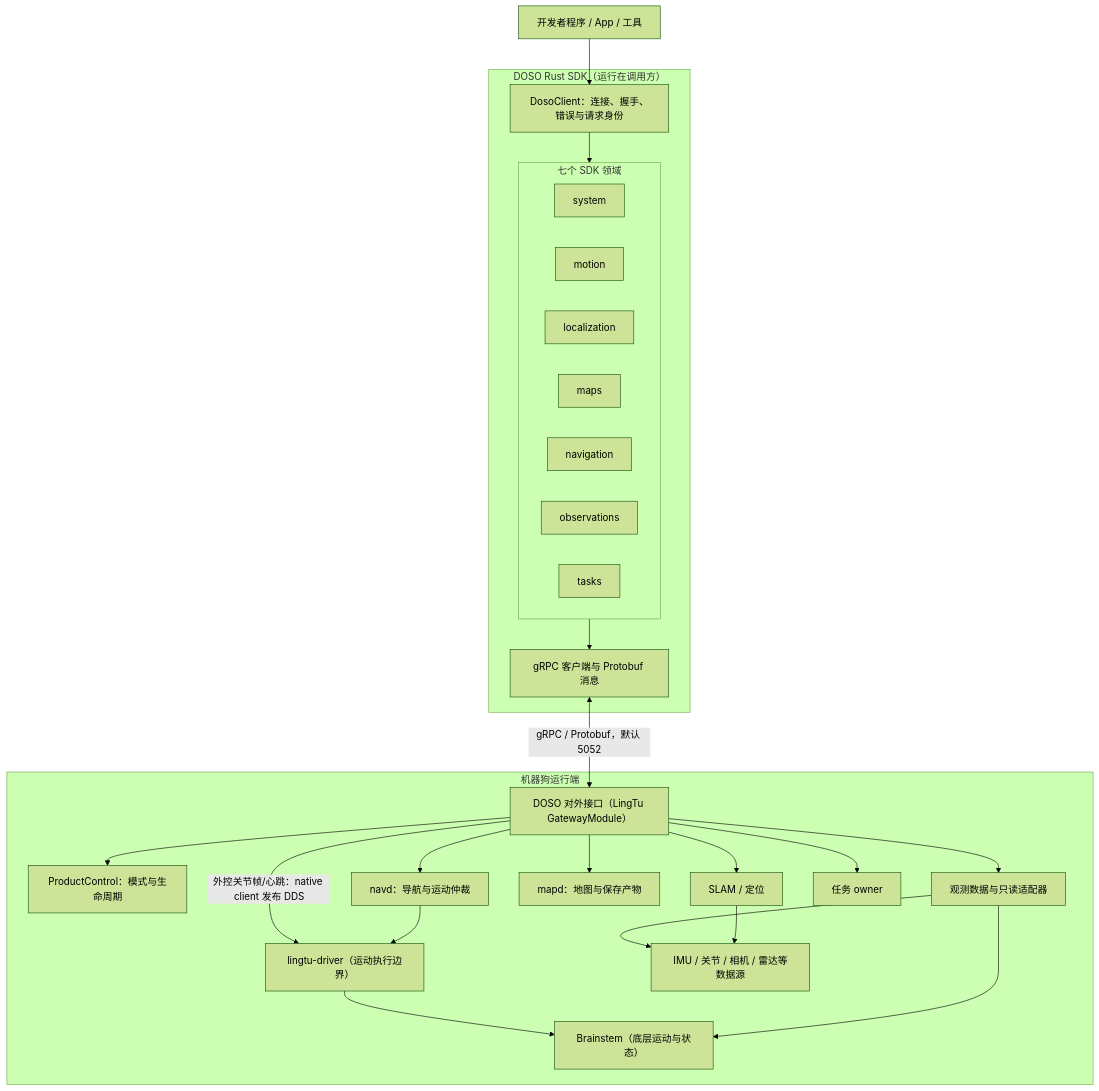
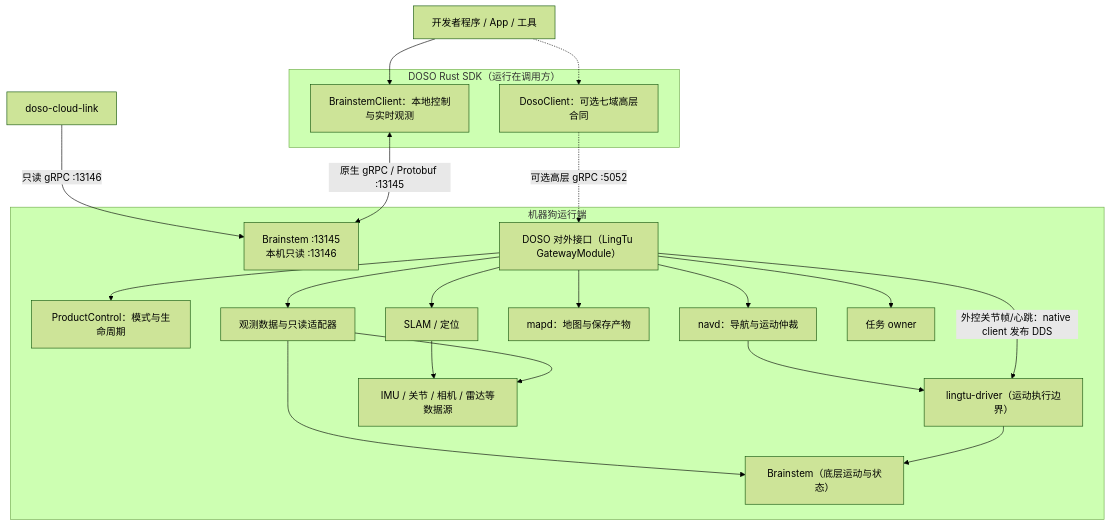
The first of 2 diagrams in docs/architecture.md (Kitjesen/DOSO-SDK), drawn with Mermaid (forest theme) before and after one commit. The commit also changed other lines of this file and 27 other files, not shown here.

Commit message:
Release DOSO Rust SDK 0.2.0

````diff
--- a/docs/architecture.md
+++ b/docs/architecture.md
@@ -27,34 +27,29 @@
 ```mermaid
 flowchart TB
-    App[开发者程序 / App / 工具] --> Client
+    App[开发者程序 / App / 工具]
     subgraph SDK["DOSO Rust SDK（运行在调用方）"]
-        Client[DosoClient：连接、握手、错误与请求身份]
-        subgraph Domains[七个 SDK 领域]
-            S[system]
-            M[motion]
-            L[localization]
-            MapSDK[maps]
-            N[navigation]
-            O[observations]
-            T[tasks]
-        end
-        Client --> Domains
-        Domains --> Transport[gRPC 客户端与 Protobuf 消息]
+        Direct[BrainstemClient：本地控制与实时观测]
+        Gateway[DosoClient：可选七域高层合同]
     end
-    Transport <-->|"gRPC / Protobuf，默认 5052"| API
+    App --> Direct
+    App -.-> Gateway
+    Direct <-->|"原生 gRPC / Protobuf :13145"| BrainstemDirect
+    Gateway -.->|"可选高层 gRPC :5052"| API
     subgraph Robot["机器狗运行端"]
+        BrainstemDirect["Brainstem :13145\n本机只读 :13146"]
         API["DOSO 对外接口（LingTu GatewayModule）"]
         API --> Product[ProductControl：模式与生命周期]
         API --> Nav[navd：导航与运动仲裁]
         API -->|"外控关节帧/心跳：native client 发布 DDS"| Driver
         API --> SLAM[SLAM / 定位]
         API --> Map[mapd：地图与保存产物]
         API --> Sensor[观测数据与只读适配器]
         API --> Task[任务 owner]
         Nav --> Driver["lingtu-driver（运动执行边界）"]
         Driver --> Brainstem["Brainstem（底层运动与状态）"]
         Sensor --> Brainstem
         Sensor --> Devices[IMU / 关节 / 相机 / 雷达等数据源]
         SLAM --> Devices
     end
+    Cloud[doso-cloud-link] -->|"只读 gRPC :13146"| BrainstemDirect
 ```
````
